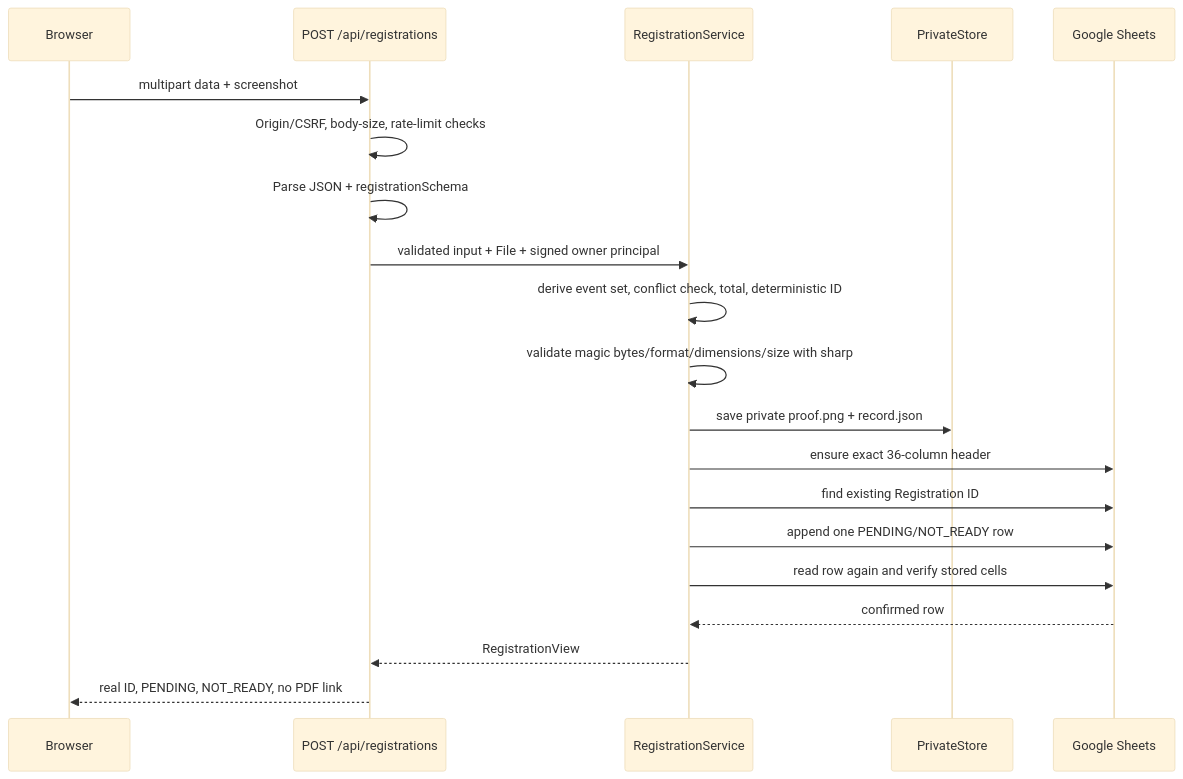
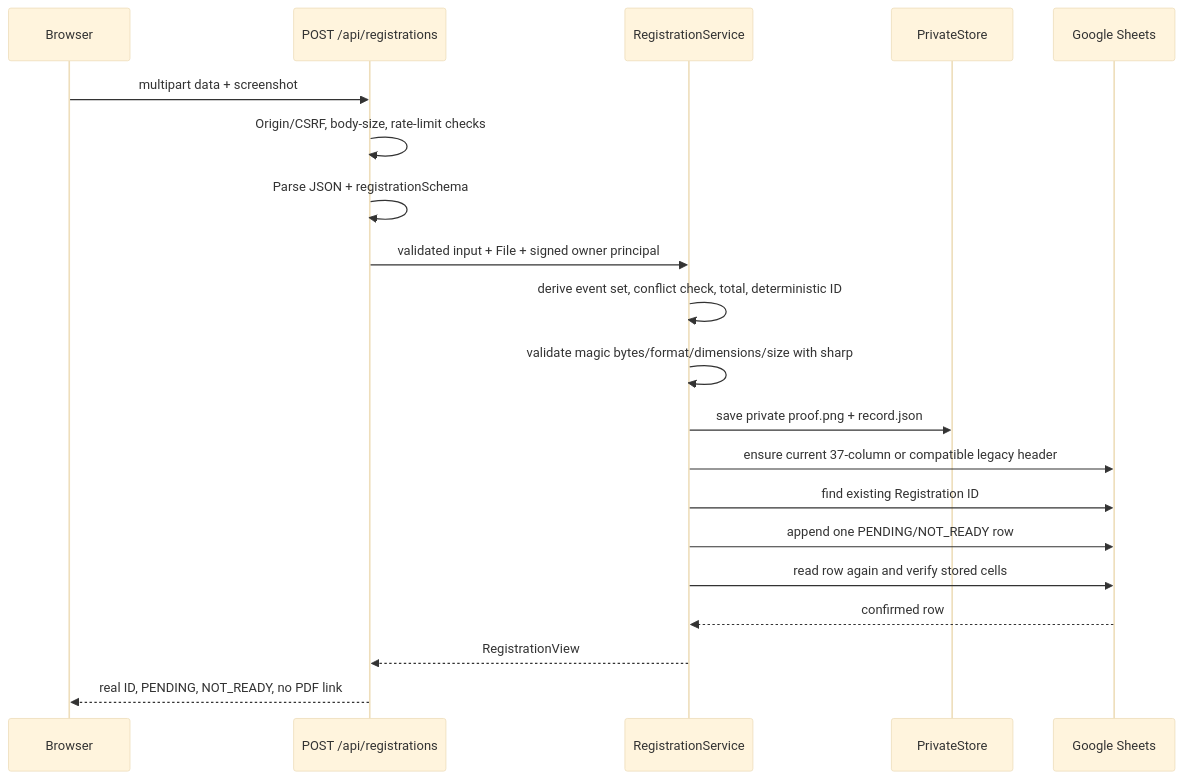
One commit to YZO-BIT/Phase-3 changed the second of 9 diagrams in docs/PRODUCTION_ARCHITECTURE.md. Above: the diagram before and after it, drawn with Mermaid (base theme). The commit also changed other lines of this file and 40 other files, not shown here.

````diff
--- a/docs/PRODUCTION_ARCHITECTURE.md
+++ b/docs/PRODUCTION_ARCHITECTURE.md
@@ -170,23 +170,23 @@
 ```mermaid
 sequenceDiagram
     participant B as Browser
     participant API as POST /api/registrations
     participant S as RegistrationService
     participant F as PrivateStore
     participant G as Google Sheets
 
     B->>API: multipart data + screenshot
     API->>API: Origin/CSRF, body-size, rate-limit checks
     API->>API: Parse JSON + registrationSchema
     API->>S: validated input + File + signed owner principal
     S->>S: derive event set, conflict check, total, deterministic ID
     S->>S: validate magic bytes/format/dimensions/size with sharp
     S->>F: save private proof.png + record.json
-    S->>G: ensure exact 36-column header
+    S->>G: ensure current 37-column or compatible legacy header
     S->>G: find existing Registration ID
     S->>G: append one PENDING/NOT_READY row
     S->>G: read row again and verify stored cells
     G-->>S: confirmed row
     S-->>API: RegistrationView
     API-->>B: real ID, PENDING, NOT_READY, no PDF link
 ```
````
